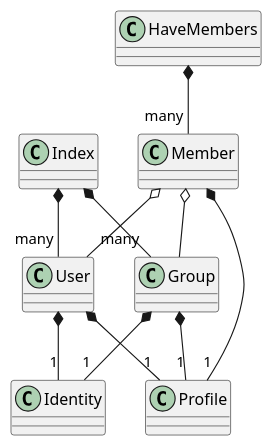
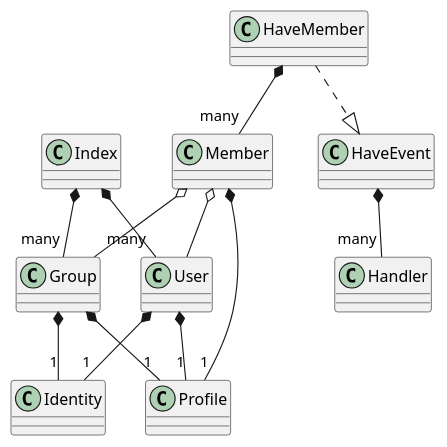
Before and after one commit to Eldynn/index: the diagram in scripts/links.puml, drawn with PlantUML.

Commit message:
docs(UML): Update diagram relations

```diff
--- a/scripts/links.puml
+++ b/scripts/links.puml
@@ -1,12 +1,14 @@
 @startuml
 User *-- "1" Profile
 User *-- "1" Identity
 Group *-- "1" Profile
 Group *-- "1" Identity
-HaveMembers *-- "many" Member
+HaveMember *-- "many" Member
+HaveMember ..|> HaveEvent
 Member *-- "1" Profile
 Member o-- Group
 Member o-- User
 Index *-- "many" User
 Index *-- "many" Group
+HaveEvent *-- "many" Handler
 @enduml
```
